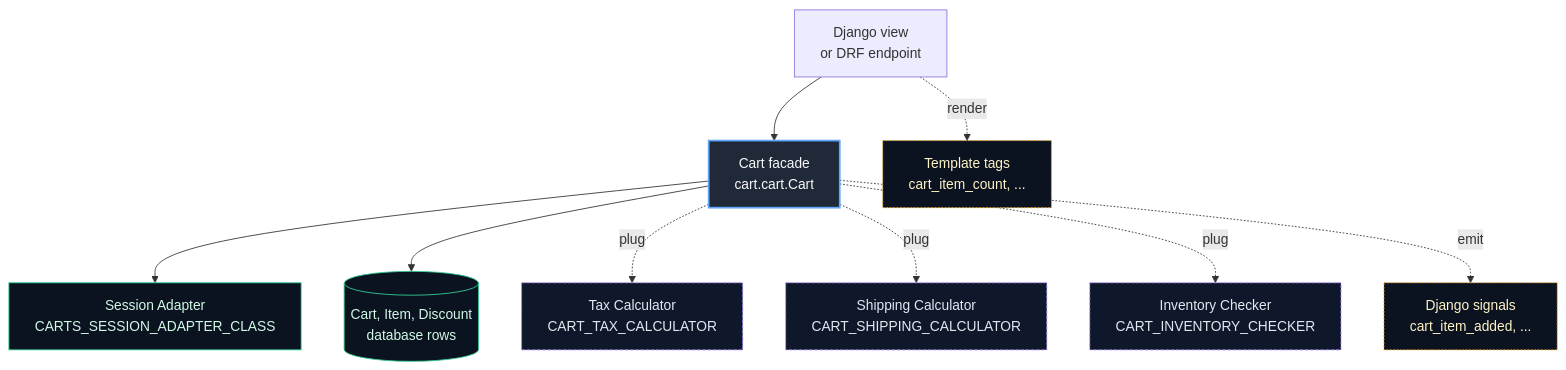
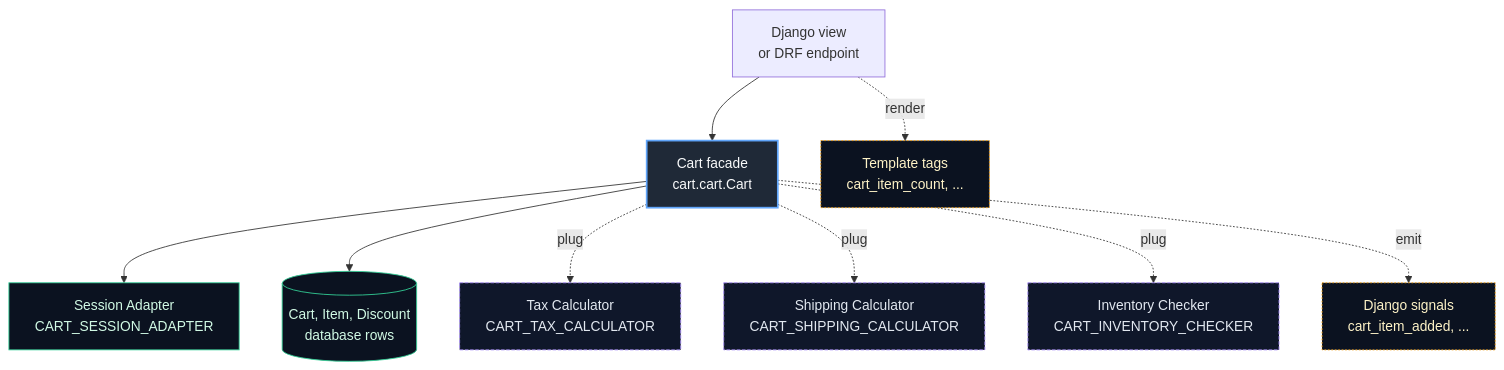
The first of 5 diagrams in README.md (bmentges/django-cart), drawn with Mermaid before and after one commit. The commit also changed other lines of this file and 7 other files, not shown here.

````diff
--- a/README.md
+++ b/README.md
@@ -25,28 +25,28 @@
 ```mermaid
 graph TB
     classDef facade fill:#1f2937,stroke:#60a5fa,color:#f9fafb,stroke-width:2px
     classDef plug fill:#0f172a,stroke:#a78bfa,color:#e2e8f0,stroke-dasharray:4 2
     classDef store fill:#0b1220,stroke:#34d399,color:#d1fae5
     classDef opt fill:#0b1220,stroke:#f59e0b,color:#fef3c7,stroke-dasharray:2 2
 
     View["Django view<br>or DRF endpoint"]
     Cart["Cart facade<br>cart.cart.Cart"]:::facade
-    Session["Session Adapter<br>CARTS_SESSION_ADAPTER_CLASS"]:::store
+    Session["Session Adapter<br>CART_SESSION_ADAPTER"]:::store
     DB[("Cart, Item, Discount<br>database rows")]:::store
 
     Tax["Tax Calculator<br>CART_TAX_CALCULATOR"]:::plug
     Ship["Shipping Calculator<br>CART_SHIPPING_CALCULATOR"]:::plug
     Inv["Inventory Checker<br>CART_INVENTORY_CHECKER"]:::plug
 
     Signals["Django signals<br>cart_item_added, ..."]:::opt
     Tags["Template tags<br>cart_item_count, ..."]:::opt
 
     View --> Cart
     Cart --> Session
     Cart --> DB
     Cart -.->|plug| Tax
     Cart -.->|plug| Ship
     Cart -.->|plug| Inv
     Cart -.->|emit| Signals
     View -.->|render| Tags
 ```
````
